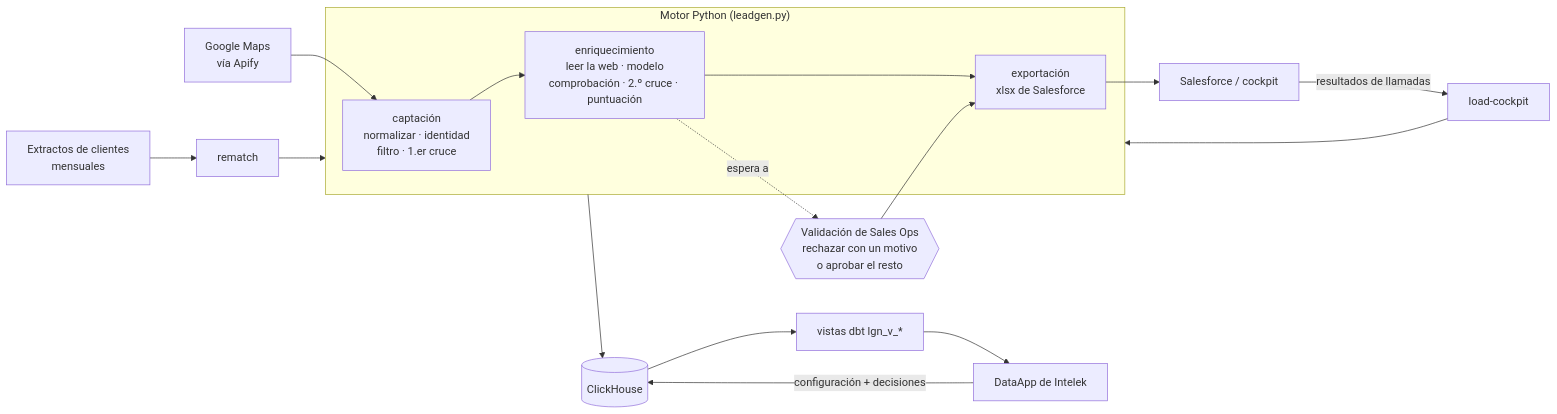
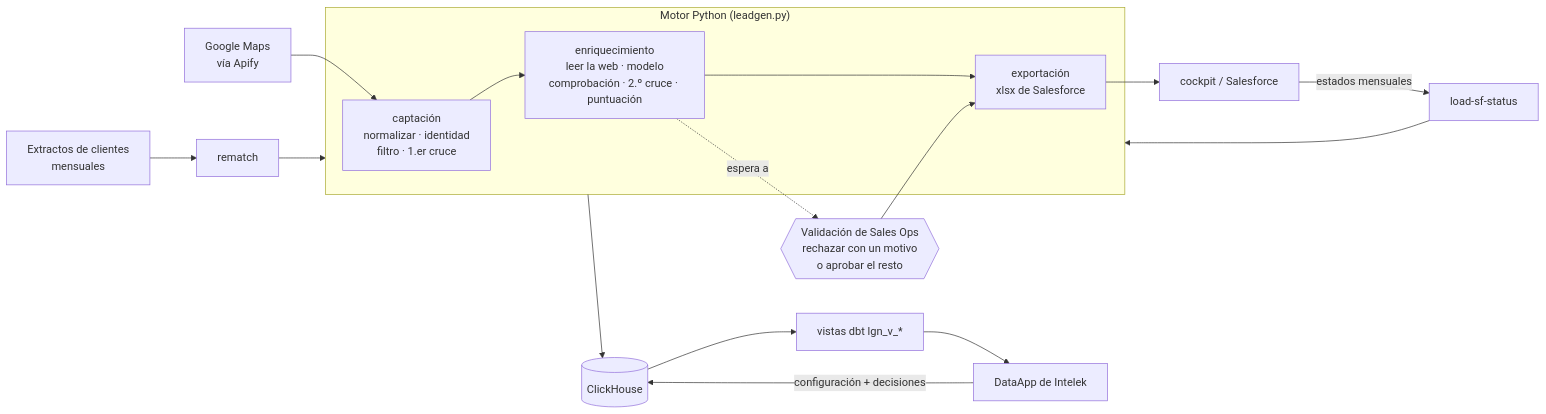
Before and after one commit to pre-erik-ferrando/con-twinpikes-analytics-leads: the diagram in docs/how_it_works.md, drawn with Mermaid. The commit also changed other lines of this file and 48 other files, not shown here.

First line of the commit message:
feat(salesforce): definición v3.3, fichero de estados en lugar del cockpit

````diff
--- a/docs/how_it_works.md
+++ b/docs/how_it_works.md
@@ -19,18 +19,18 @@
 ```mermaid
 flowchart LR
     GM[Google Maps<br/>vía Apify] --> C
     subgraph Motor["Motor Python (leadgen.py)"]
         C[captación<br/>normalizar · identidad<br/>filtro · 1.er cruce] --> E[enriquecimiento<br/>leer la web · modelo<br/>comprobación · 2.º cruce · puntuación]
         E --> X[exportación<br/>xlsx de Salesforce]
     end
     E -. espera a .-> V{{Validación de Sales Ops<br/>rechazar con un motivo<br/>o aprobar el resto}}
     V --> X
-    X --> SF[Salesforce / cockpit]
-    SF -- resultados de llamadas --> L[load-cockpit]
+    X --> SF[cockpit / Salesforce]
+    SF -- estados mensuales --> L[load-sf-status]
     CU[Extractos de clientes<br/>mensuales] --> R[rematch]
     L --> Motor
     R --> Motor
     Motor --> CH[(ClickHouse)]
     CH --> DBT[vistas dbt lgn_v_*] --> I[DataApp de Intelek]
     I -- configuración + decisiones --> CH
 ```
````
